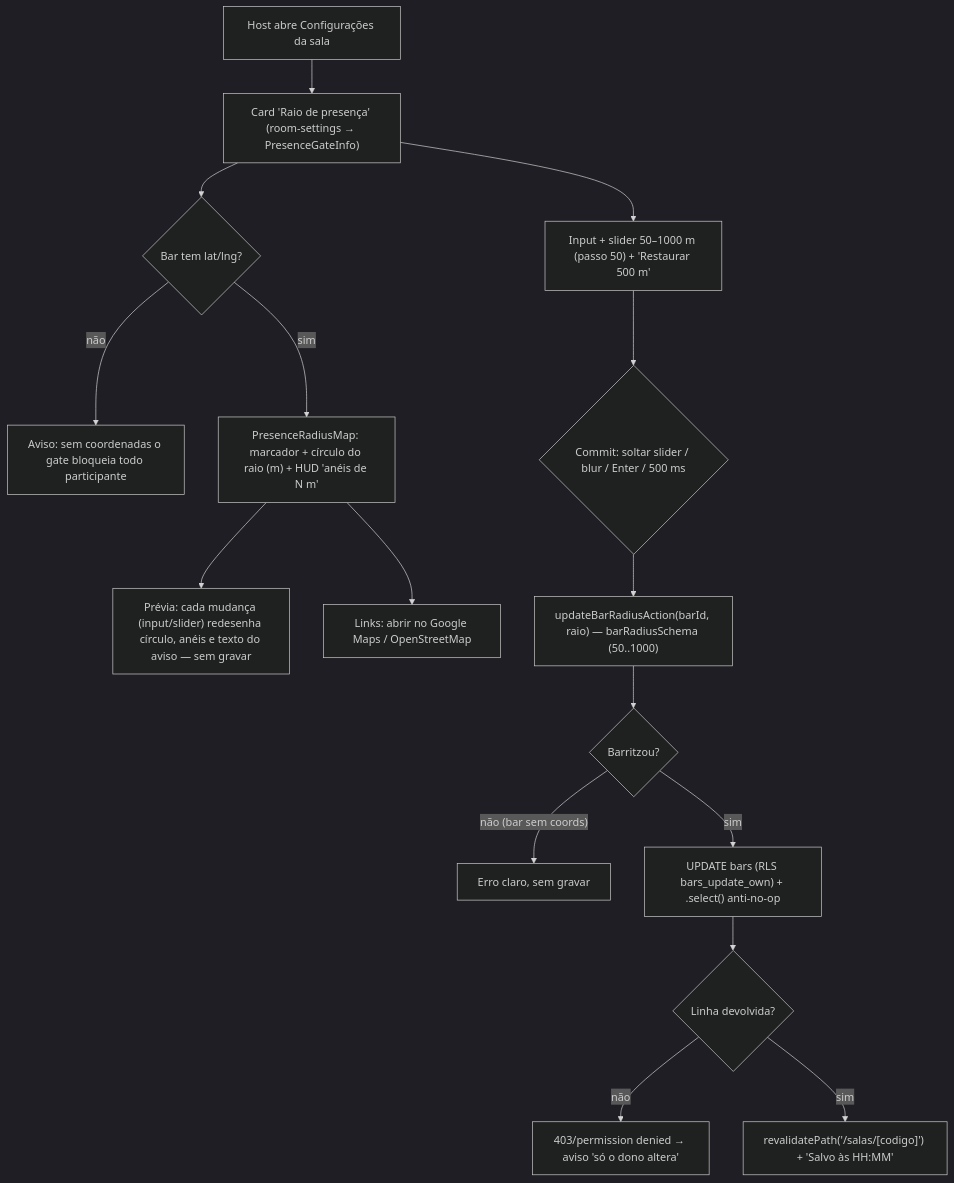
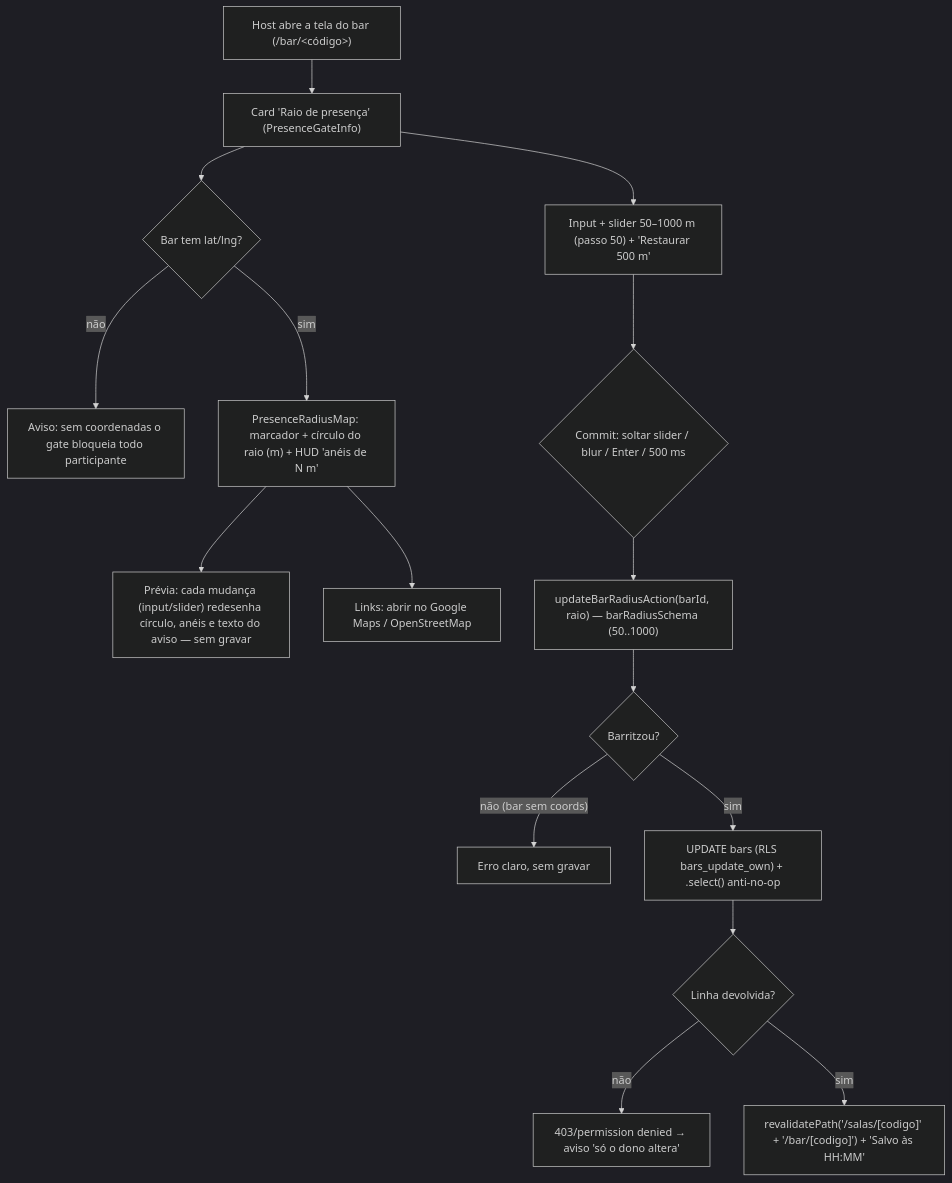
Before and after one commit to cavalcanteprofissional/karaoke-flow: the tenth of 20 diagrams in docs/flows/fluxos-do-sistema.md, drawn with Mermaid (dark theme). The commit also changed other lines of this file and 34 other files, not shown here.

First line of the commit message:
feat(config): 4 telas do host (player/sala/pulseiras/bar) e o host pedindo musica

````diff
--- a/docs/flows/fluxos-do-sistema.md
+++ b/docs/flows/fluxos-do-sistema.md
@@ -220,18 +220,18 @@
 ```mermaid
 flowchart TD
-    A["Host abre Configurações da sala"] --> B["Card 'Raio de presença' (room-settings → PresenceGateInfo)"]
+    A["Host abre a tela do bar (/bar/&lt;código&gt;)"] --> B["Card 'Raio de presença' (PresenceGateInfo)"]
     B --> C{"Bar tem lat/lng?"}
     C -->|não| C1["Aviso: sem coordenadas o gate bloqueia todo participante"]
     C -->|sim| D["PresenceRadiusMap: marcador + círculo do raio (m) + HUD 'anéis de N m'"]
     D --> D1["Prévia: cada mudança (input/slider) redesenha círculo, anéis e texto do aviso — sem gravar"]
     B --> E["Input + slider 50–1000 m (passo 50) + 'Restaurar 500 m'"]
     E --> F{"Commit: soltar slider / blur / Enter / 500 ms"}
     F --> G["updateBarRadiusAction(barId, raio) — barRadiusSchema (50..1000)"]
     G --> H{"Barritzou?"}
     H -->|"não (bar sem coords)"| H1["Erro claro, sem gravar"]
     H -->|sim| I["UPDATE bars (RLS bars_update_own) + .select() anti-no-op"]
     I --> J{"Linha devolvida?"}
     J -->|não| J1["403/permission denied → aviso 'só o dono altera'"]
-    J -->|sim| K["revalidatePath('/salas/[codigo]') + 'Salvo às HH:MM'"]
+    J -->|sim| K["revalidatePath('/salas/[codigo]' + '/bar/[codigo]') + 'Salvo às HH:MM'"]
     D --> L["Links: abrir no Google Maps / OpenStreetMap"]
 ```
````
